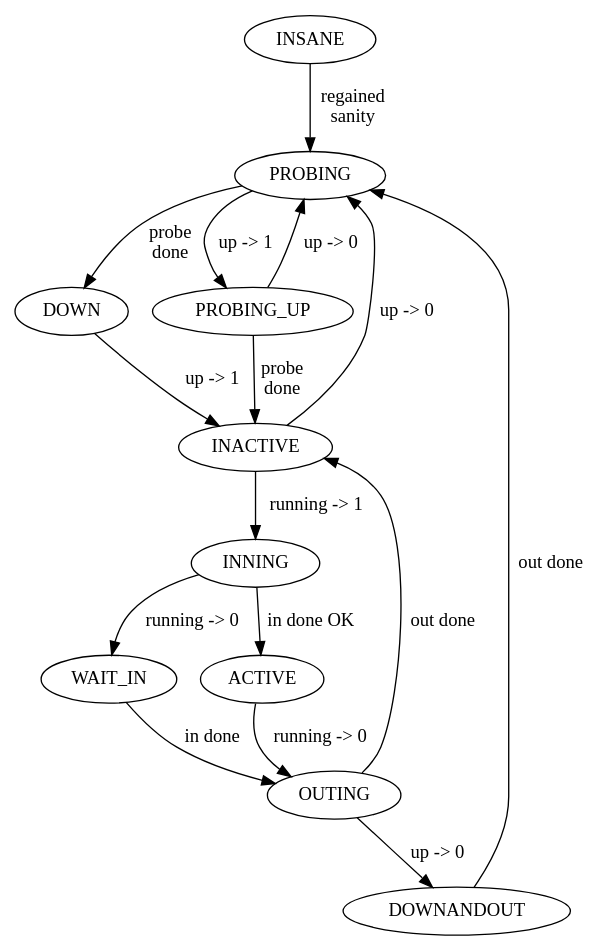
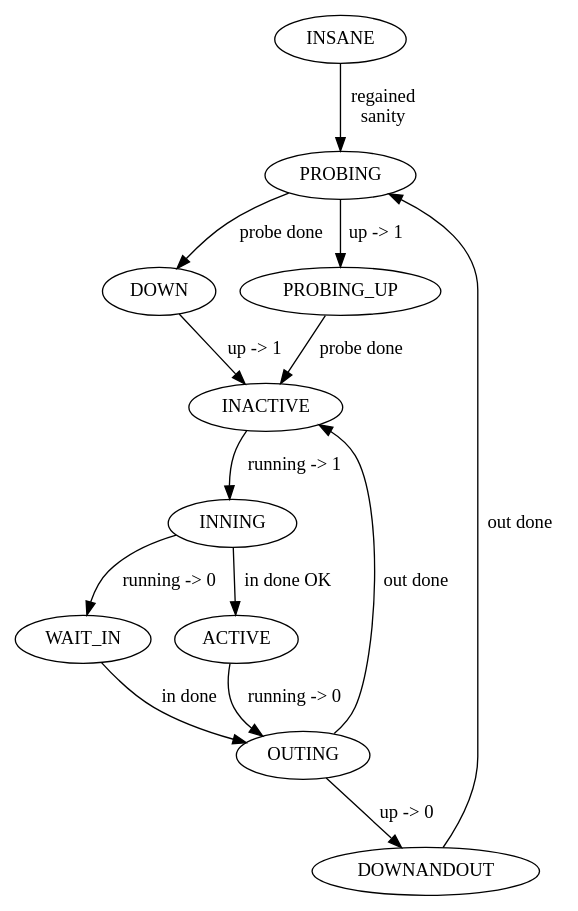
Before and after one commit to pali/netplug: the diagram in docs/state-machine.dot, drawn with Graphviz. The commit also changed 10 other files, not shown here.

```diff
--- a/docs/state-machine.dot
+++ b/docs/state-machine.dot
@@ -1,39 +1,37 @@
 /* -*- c -*- */
 
 digraph state_machine {
   insane [label="INSANE"];
   probing [label="PROBING"];
   down [label="DOWN"];
   inactive [label="INACTIVE"];
   inning [label="INNING"];
   wait_in [label="WAIT_IN"];
   outing [label="OUTING"];
   downandout [label="DOWNANDOUT"];
   active [label="ACTIVE"];
   probing_up [label="PROBING_UP"];
 
   insane -> probing [label="regained\nsanity"];
 
-  probing -> down [label="probe\ndone"];
+  probing -> down [label="probe done"];
   probing -> probing_up [label="up -> 1"];
 
   down -> inactive [label="up -> 1"];
 
-  probing_up -> inactive [label="probe\ndone"];
-  probing_up -> probing [label="up -> 0"];
+  probing_up -> inactive [label="probe done"];
 
   inactive -> inning [label="running -> 1"];
-  inactive -> probing [label="up -> 0"];
 
   inning -> wait_in [label="running -> 0"];
   inning -> active [label="in done OK"];
 
   wait_in -> outing [label="in done"];
 
   active -> outing [label="running -> 0"];
 
   outing -> downandout [label="up -> 0"];
   outing -> inactive [label="out done"];
 
   downandout -> probing [label="out done"];
 }
```
